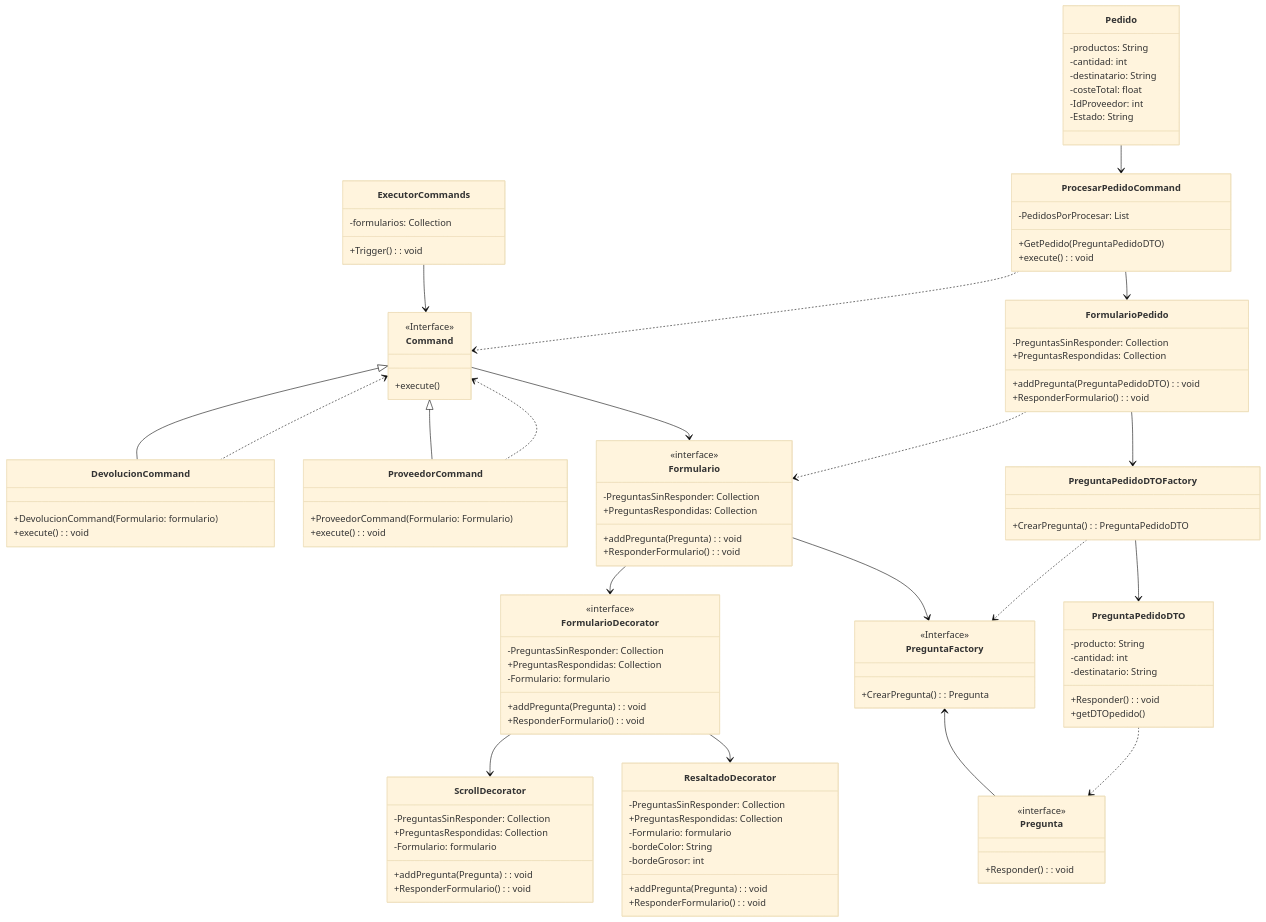
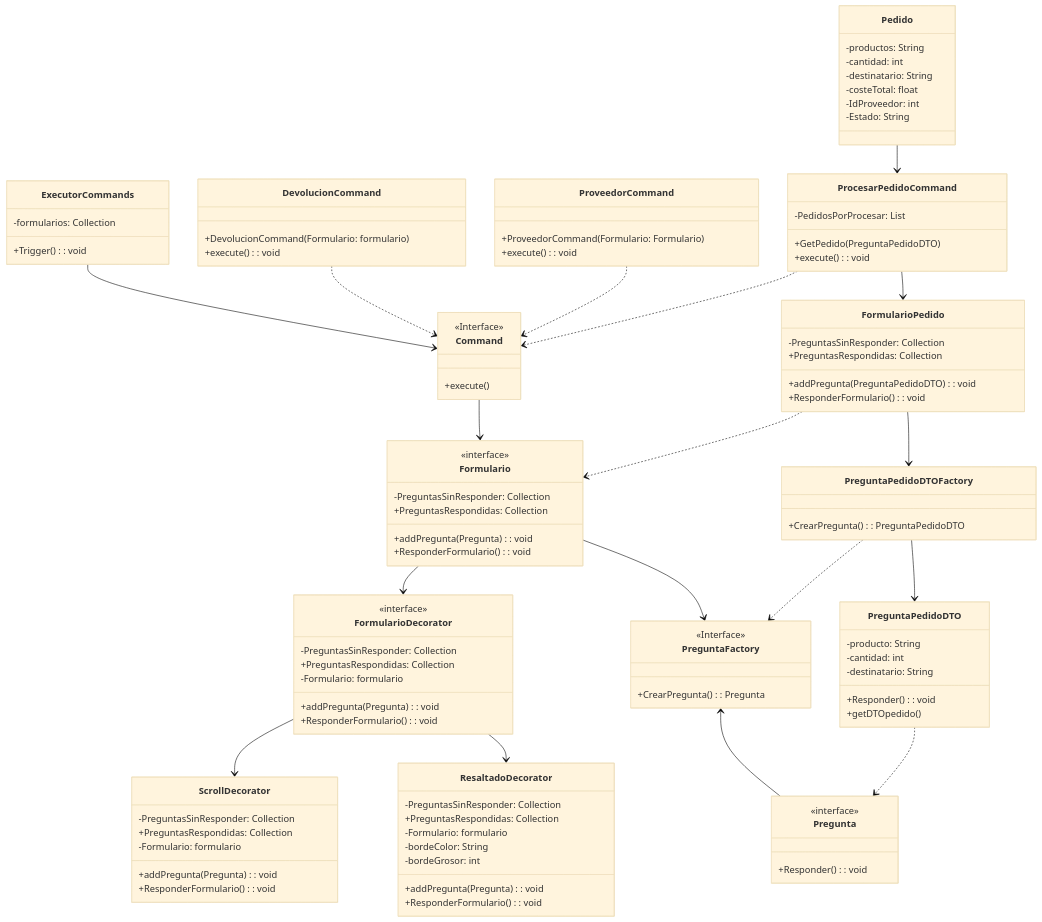
Before and after one commit to craboftw/DistribuidoraDSS: the second of 2 diagrams in README.md, drawn with Mermaid (base theme).

```diff
--- a/README.md
+++ b/README.md
@@ -181,8 +181,6 @@
     +ResponderFormulario(): void
 }
 
-Command <|-- DevolucionCommand
-Command <|-- ProveedorCommand
 
 Formulario --> FormularioDecorator
 FormularioDecorator --> ScrollDecorator
```
